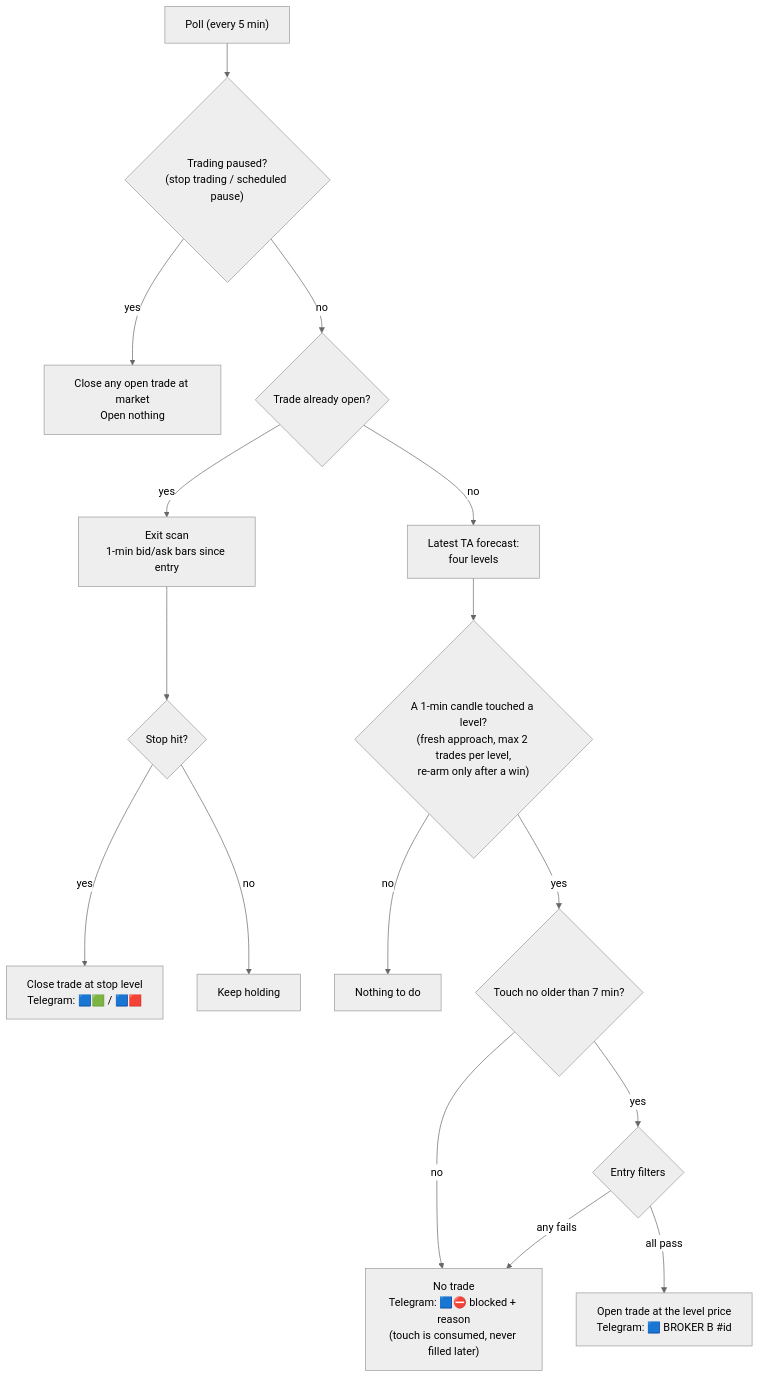
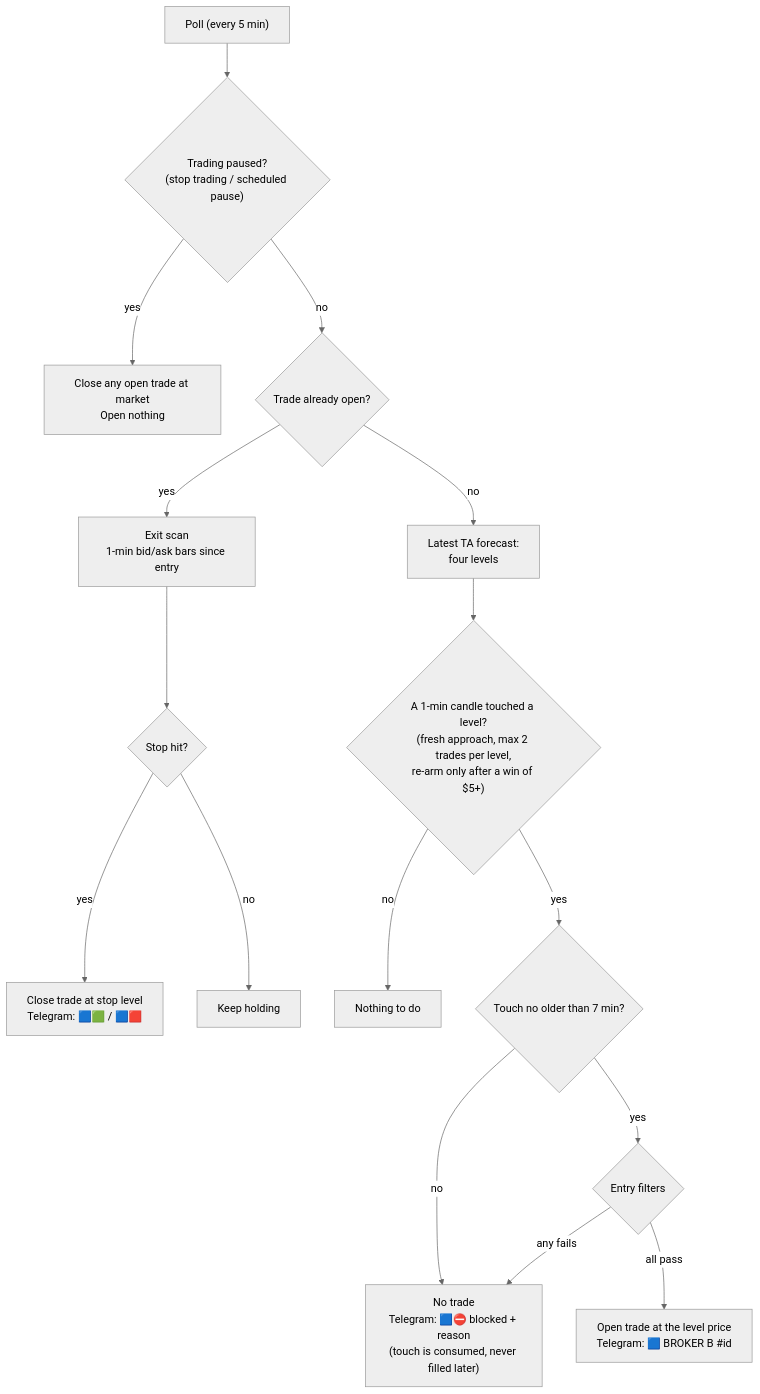
Before and after one commit to Armada86/goldo: the diagram in docs/broker-b.md, drawn with Mermaid (neutral theme). The commit also changed other lines of this file and 2 other files, not shown here.

First line of the commit message:
Docs: ADX floor, re-arm after +$5 win, replay-only spike gate; fix stale RSI/ADX waiver text

````diff
--- a/docs/broker-b.md
+++ b/docs/broker-b.md
@@ -21,21 +21,21 @@
 ```mermaid
 flowchart TD
     Poll["Poll (every 5 min)"] --> Paused{"Trading paused?\n(stop trading / scheduled pause)"}
     Paused -->|yes| CloseAll["Close any open trade at market\nOpen nothing"]
     Paused -->|no| Open{"Trade already open?"}
 
     Open -->|yes| Exit["Exit scan\n1-min bid/ask bars since entry"]
     Exit --> Stop{"Stop hit?"}
     Stop -->|yes| Close["Close trade at stop level\nTelegram: 🟦🟩 / 🟦🟥"]
     Stop -->|no| Hold["Keep holding"]
 
     Open -->|no| Forecast["Latest TA forecast:\nfour levels"]
-    Forecast --> Touch{"A 1-min candle touched a level?\n(fresh approach, max 2 trades per level,\nre-arm only after a win)"}
+    Forecast --> Touch{"A 1-min candle touched a level?\n(fresh approach, max 2 trades per level,\nre-arm only after a win of $5+)"}
     Touch -->|no| Nothing["Nothing to do"]
     Touch -->|yes| Age{"Touch no older than 7 min?"}
     Age -->|no| Blocked
     Age -->|yes| Filters{"Entry filters"}
 
     Filters -->|"all pass"| Enter["Open trade at the level price\nTelegram: 🟦 BROKER B #id"]
     Filters -->|"any fails"| Blocked["No trade\nTelegram: 🟦⛔ blocked + reason\n(touch is consumed, never filled later)"]
 ```
````
